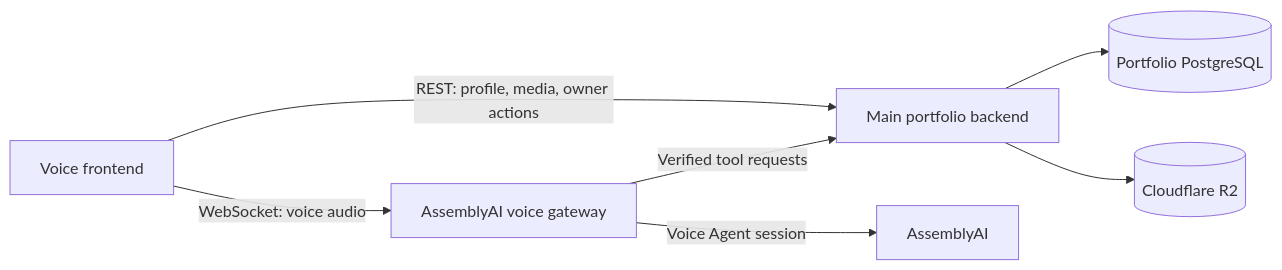
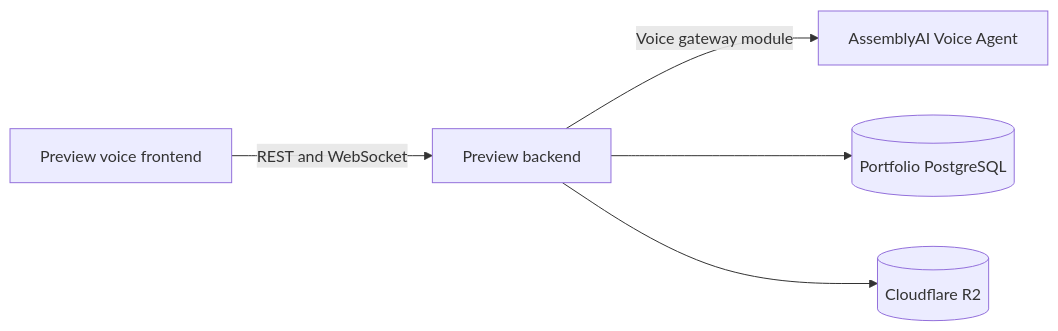
Before and after one commit to mikesplore/mikesplore: the diagram in README.md, drawn with Mermaid. The commit also changed other lines of this file and 3 other files, not shown here.

Commit message:
Refactor deployment and architecture documentation; expose voice gateway via WebSocket on preview backend

````diff
--- a/README.md
+++ b/README.md
@@ -38,9 +38,7 @@
 ```mermaid
 flowchart LR
-    Browser[Voice frontend] -->|REST: profile, media, owner actions| Main[Main portfolio backend]
-    Browser -->|WebSocket: voice audio| Gateway[AssemblyAI voice gateway]
-    Gateway -->|Voice Agent session| Assembly[AssemblyAI]
-    Gateway -->|Verified tool requests| Main
+    Browser[Preview voice frontend] -->|REST and WebSocket| Main[Preview backend]
+    Main -->|Voice gateway module| Assembly[AssemblyAI Voice Agent]
     Main --> DB[(Portfolio PostgreSQL)]
     Main --> R2[(Cloudflare R2)]
 ```
````
